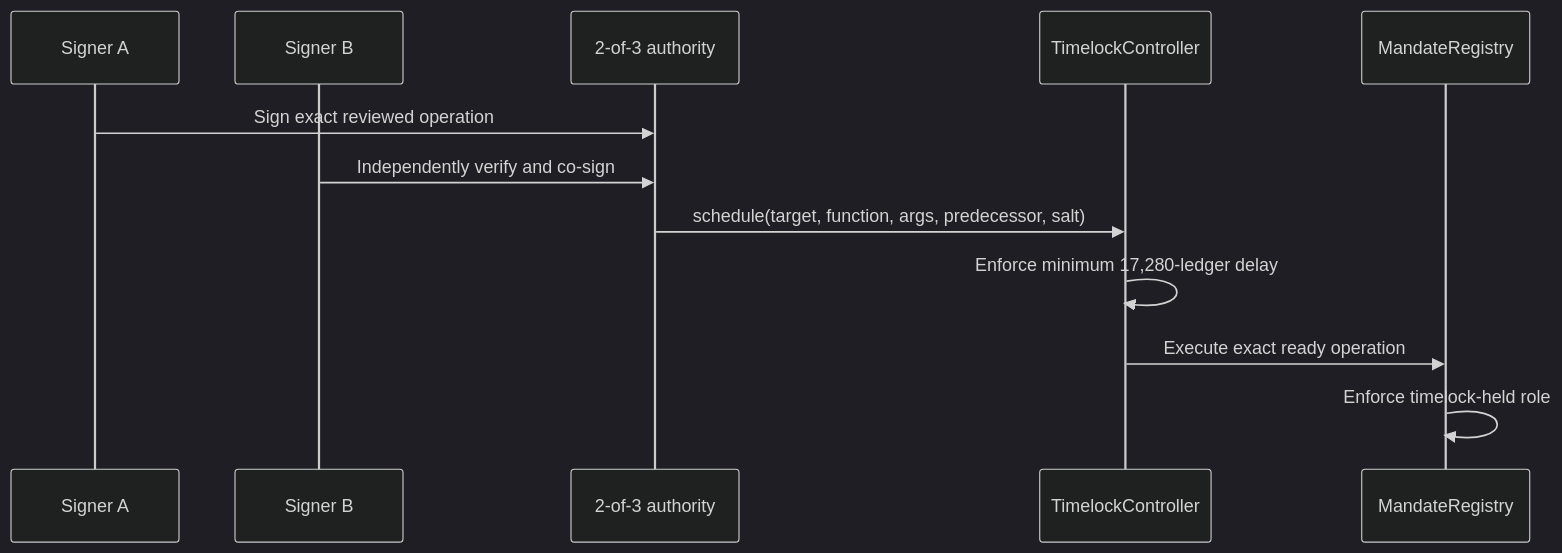
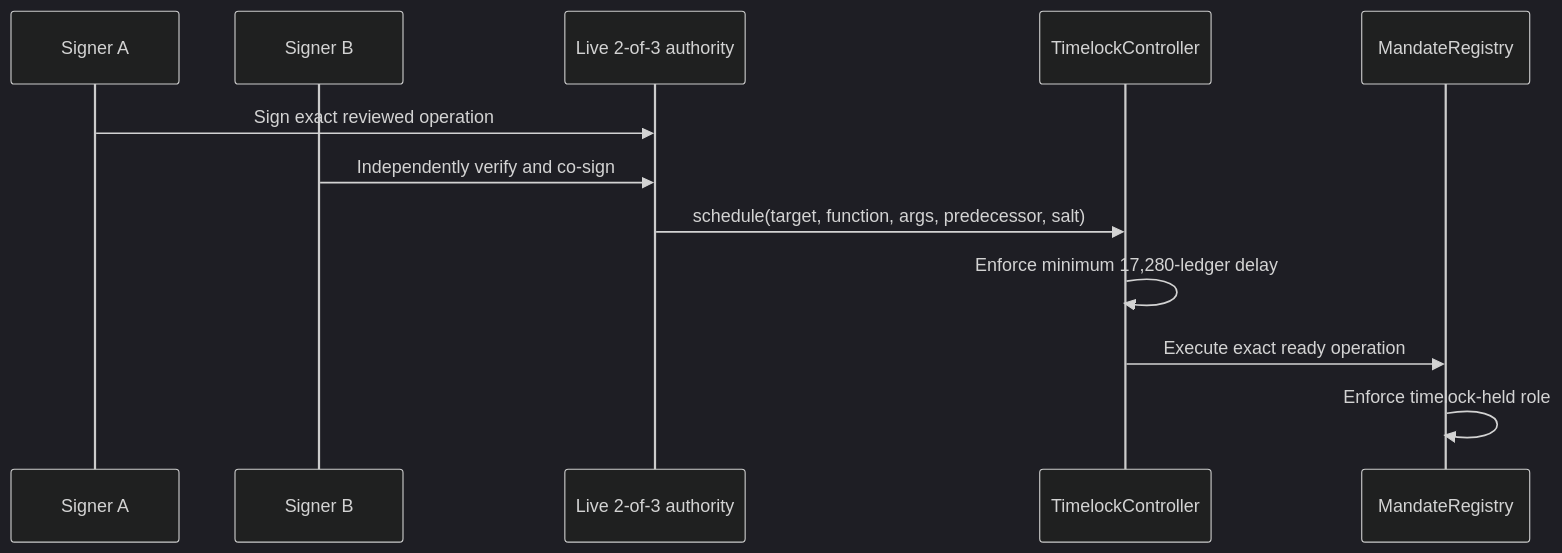
The fourth of 4 diagrams in docs/security-data-flow.md (ackrate/ackrate-protocol-contracts), drawn with Mermaid (dark theme) before and after one commit. The commit also changed other lines of this file and 34 other files, not shown here.

````diff
--- a/docs/security-data-flow.md
+++ b/docs/security-data-flow.md
@@ -106,15 +110,15 @@
 ```mermaid
 sequenceDiagram
     participant A as Signer A
     participant B as Signer B
-    participant G as 2-of-3 authority
+    participant G as Live 2-of-3 authority
     participant L as TimelockController
     participant R as MandateRegistry
 
     A->>G: Sign exact reviewed operation
     B->>G: Independently verify and co-sign
     G->>L: schedule(target, function, args, predecessor, salt)
     L->>L: Enforce minimum 17,280-ledger delay
     L->>R: Execute exact ready operation
     R->>R: Enforce timelock-held role
 ```
````
